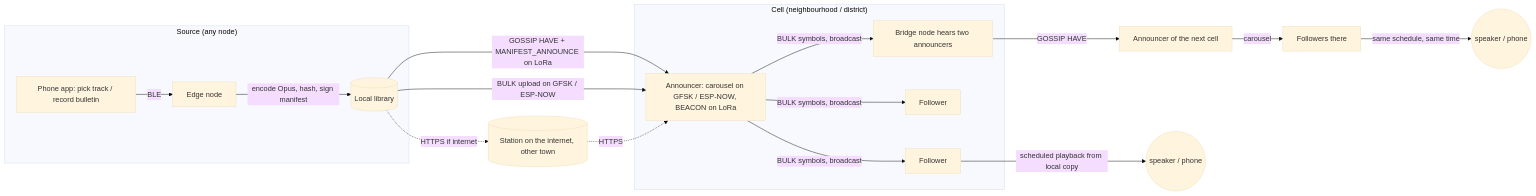
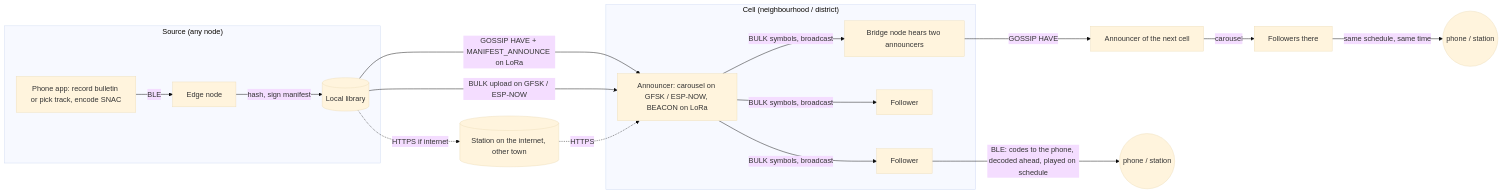
The diagram in docs/ARCHITECTURE.md (jrohde/MeshCast), drawn with Mermaid (base theme) before and after one commit. The commit also changed other lines of this file and 8 other files, not shown here.

First line of the commit message:
Choose SNAC for audio: speech and music as codec codes, decoded only by players

````diff
--- a/docs/ARCHITECTURE.md
+++ b/docs/ARCHITECTURE.md
@@ -40,25 +40,25 @@
 ```mermaid
 flowchart LR
     subgraph Source["Source (any node)"]
-        P[Phone app: pick track / record bulletin] -->|BLE| E1[Edge node]
-        E1 -->|encode Opus, hash, sign manifest| L1[(Local library)]
+        P[Phone app: record bulletin or pick track, encode SNAC] -->|BLE| E1[Edge node]
+        E1 -->|hash, sign manifest| L1[(Local library)]
     end
 
     L1 -->|GOSSIP HAVE + MANIFEST_ANNOUNCE on LoRa| A
     L1 -->|BULK upload on GFSK / ESP-NOW| A
     L1 -.->|HTTPS if internet| S[(Station on the internet, other town)]
     S -.->|HTTPS| A
 
     subgraph Cell["Cell (neighbourhood / district)"]
         A[Announcer: carousel on GFSK / ESP-NOW, BEACON on LoRa]
         A -->|BULK symbols, broadcast| F1[Follower]
         A -->|BULK symbols, broadcast| F2[Follower]
         A -->|BULK symbols, broadcast| B[Bridge node hears two announcers]
     end
 
     B -->|GOSSIP HAVE| A2[Announcer of the next cell]
     A2 -->|carousel| F3[Followers there]
 
-    F1 -->|scheduled playback from local copy| SPK1((speaker / phone))
-    F3 -->|same schedule, same time| SPK2((speaker / phone))
+    F1 -->|BLE: codes to the phone, decoded ahead, played on schedule| SPK1((phone / station))
+    F3 -->|same schedule, same time| SPK2((phone / station))
 ```
````
